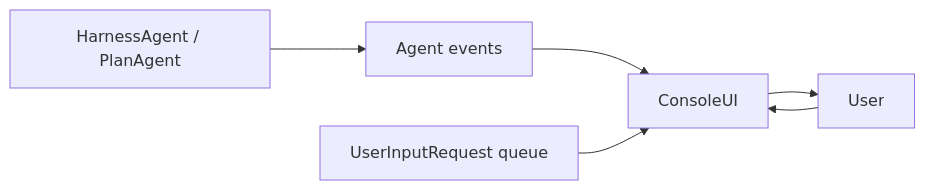
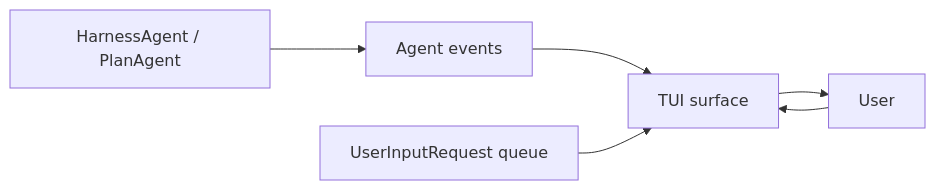
One commit to dzungtri/mini-claw-code changed the first of 2 diagrams in mini-claw-code-book-py/src/ch09-tui.md. Above: the diagram before and after it, drawn with Mermaid. The commit also changed other lines of this file and 8 other files, not shown here.

````diff
--- a/mini-claw-code-book-py/src/ch09-tui.md
+++ b/mini-claw-code-book-py/src/ch09-tui.md
@@ -28,8 +28,8 @@
 ```mermaid
 flowchart LR
     Agent["HarnessAgent / PlanAgent"] --> Events["Agent events"]
-    Events --> UI["ConsoleUI"]
+    Events --> UI["TUI surface"]
     Ask["UserInputRequest queue"] --> UI
     UI --> User["User"]
     User --> UI
 ```
````
